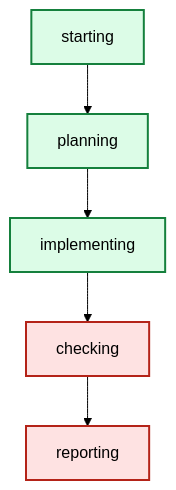
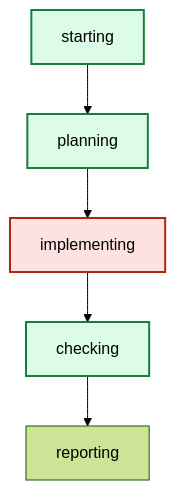
One commit to daniell0gda/hermes-feature-check-dashboard changed the diagram in latest/graph.mmd. Above: the diagram before and after it, drawn with Mermaid (forest theme). The commit also changed 23 other files, not shown here.

```diff
--- a/latest/graph.mmd
+++ b/latest/graph.mmd
@@ -1,14 +1,13 @@
 graph TD
     starting --> planning
     planning --> implementing
     implementing --> checking
     checking --> reporting
 
 classDef done fill:#dcfce7,stroke:#15803d,stroke-width:2px;
 classDef active fill:#dbeafe,stroke:#2563eb,stroke-width:3px;
 classDef failed fill:#fee2e2,stroke:#b42318,stroke-width:2px;
-class checking failed;
+class checking done;
+class implementing failed;
 class starting done;
-class reporting failed;
 class planning done;
-class implementing done;
```
